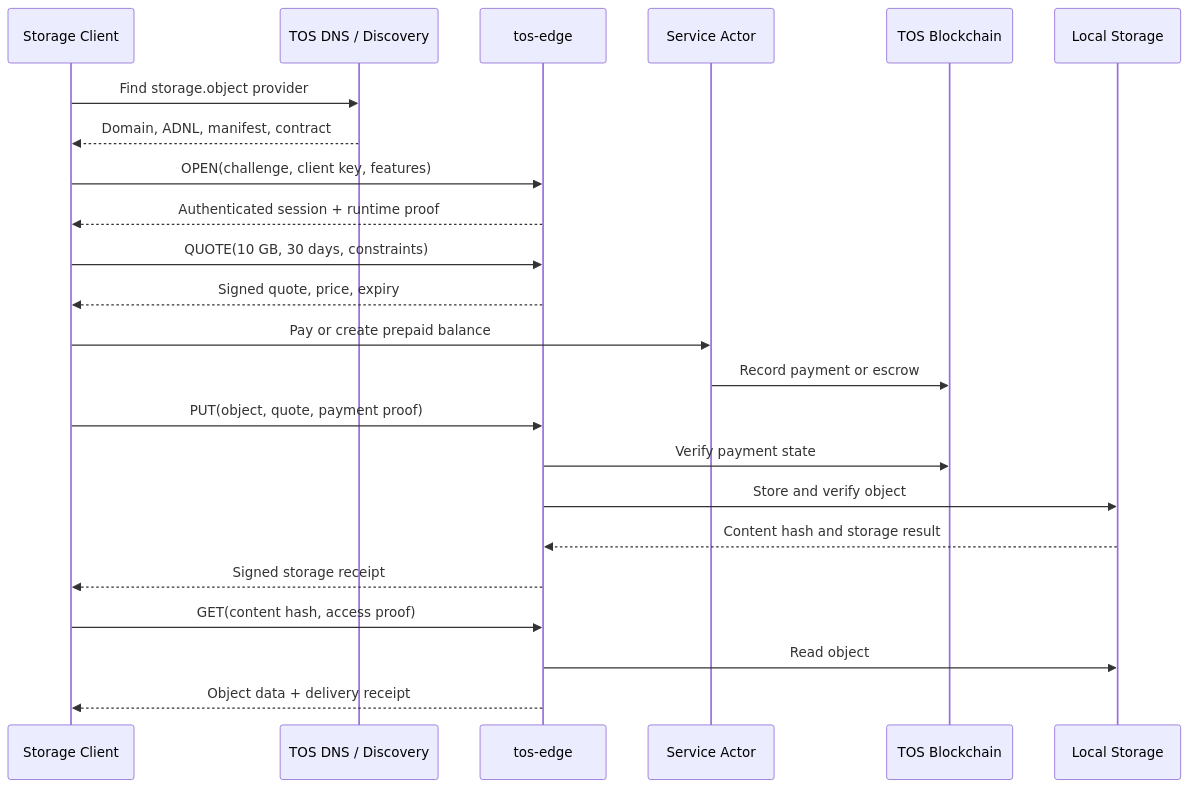
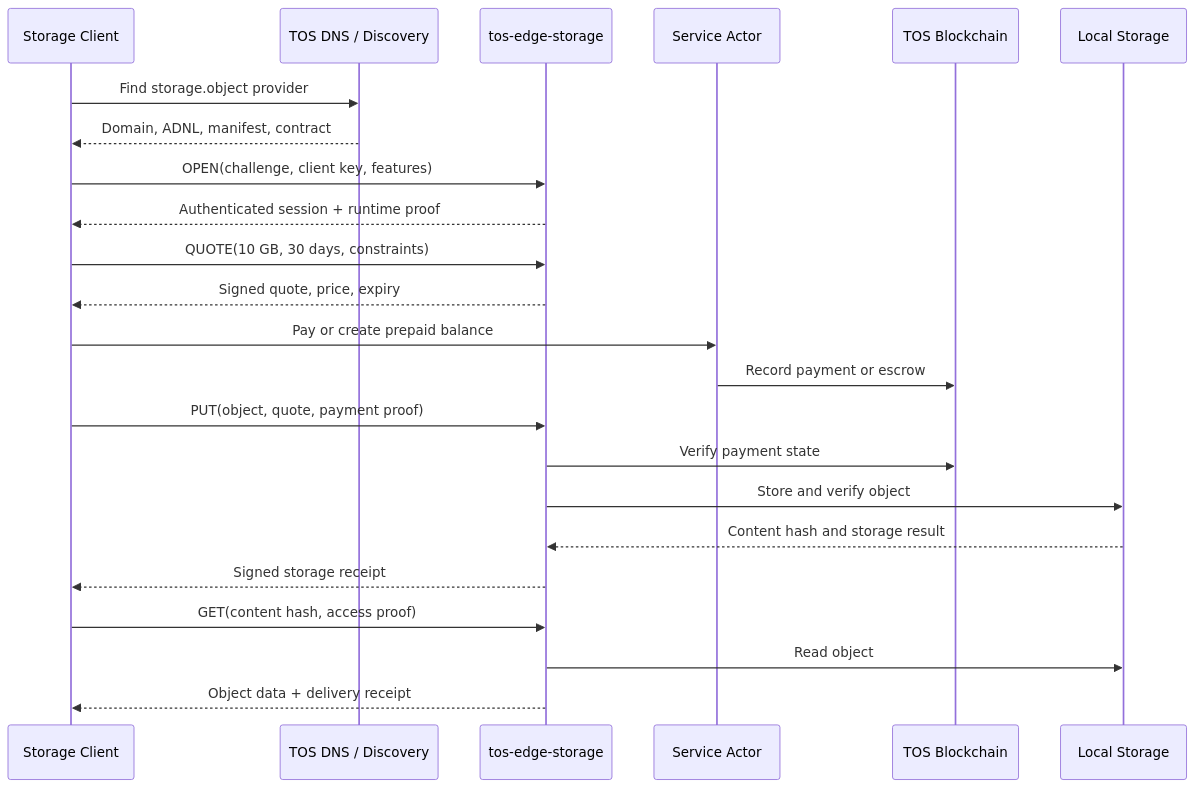
The second of 3 diagrams in doc/local-storage-sharing-use-case.md (tosnetwork/tos), drawn with Mermaid before and after one commit. The commit also changed other lines of this file and 15 other files, not shown here.

Commit message:
Reposition TOS around AI edge service terminals

````diff
--- a/doc/local-storage-sharing-use-case.md
+++ b/doc/local-storage-sharing-use-case.md
@@ -344,26 +353,26 @@
 ```mermaid
 sequenceDiagram
     participant C as Storage Client
     participant D as TOS DNS / Discovery
-    participant E as tos-edge
+    participant E as tos-edge-storage
     participant S as Service Actor
     participant B as TOS Blockchain
     participant L as Local Storage
 
     C->>D: Find storage.object provider
     D-->>C: Domain, ADNL, manifest, contract
     C->>E: OPEN(challenge, client key, features)
     E-->>C: Authenticated session + runtime proof
     C->>E: QUOTE(10 GB, 30 days, constraints)
     E-->>C: Signed quote, price, expiry
     C->>S: Pay or create prepaid balance
     S->>B: Record payment or escrow
     C->>E: PUT(object, quote, payment proof)
     E->>B: Verify payment state
     E->>L: Store and verify object
     L-->>E: Content hash and storage result
     E-->>C: Signed storage receipt
     C->>E: GET(content hash, access proof)
     E->>L: Read object
     E-->>C: Object data + delivery receipt
 ```
````
